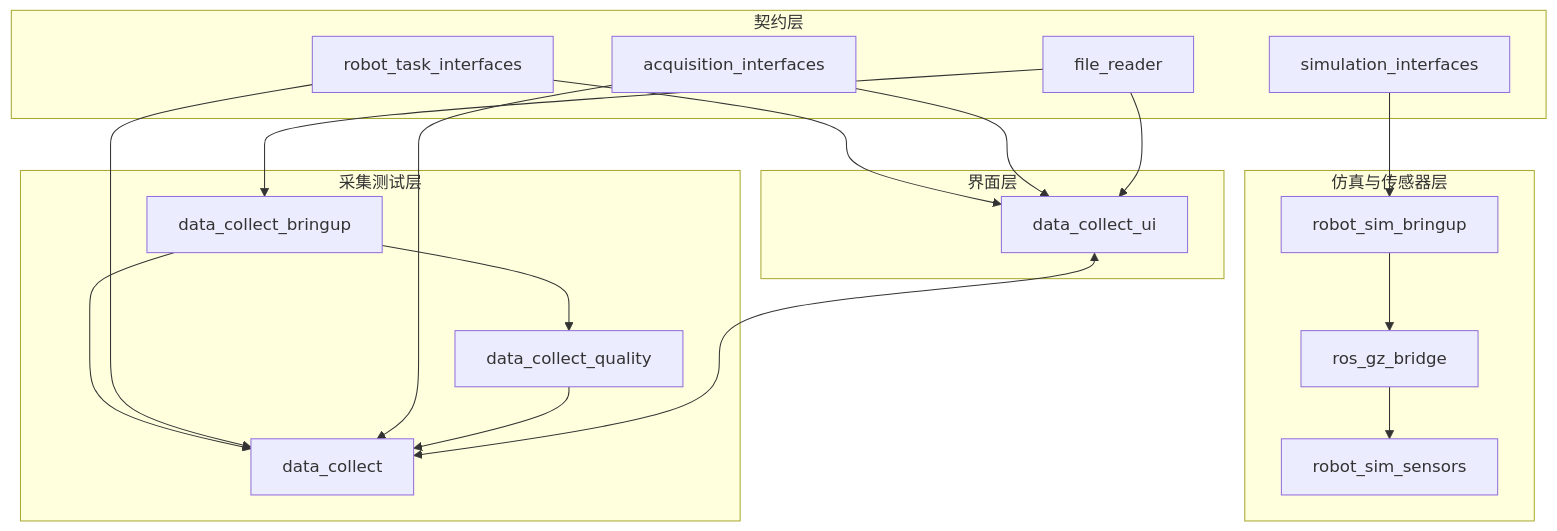
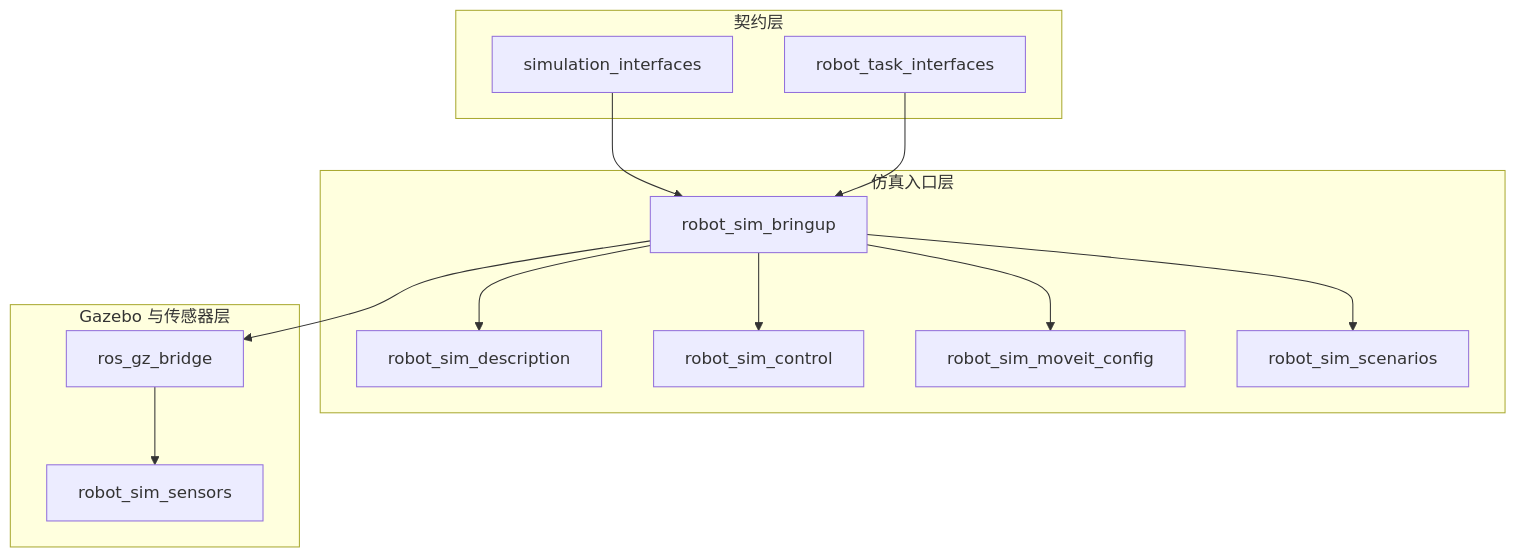
The diagram in docs/architecture/README.md (MzKyle/Robot-Sim), drawn with Mermaid before and after one commit. The commit also changed other lines of this file and 1816 other files, not shown here.

````diff
--- a/docs/architecture/README.md
+++ b/docs/architecture/README.md
@@ -9,39 +9,29 @@
 ```mermaid
 flowchart TB
-    subgraph Layer1[仿真与传感器层]
+    subgraph Layer1[仿真入口层]
         SIM[robot_sim_bringup]
+        DESC[robot_sim_description]
+        CTRL[robot_sim_control]
+        MOVEIT[robot_sim_moveit_config]
+        SCENE[robot_sim_scenarios]
+    end
+
+    subgraph Layer2[Gazebo 与传感器层]
         BRIDGE[ros_gz_bridge]
         RECV[robot_sim_sensors]
     end
 
-    subgraph Layer2[采集测试层]
-        COLLECT[data_collect]
-        BRINGUP[data_collect_bringup]
-        QUALITY[data_collect_quality]
+    subgraph Layer3[契约层]
+        TASK[robot_task_interfaces]
+        SIMIF[simulation_interfaces]
     end
 
-    subgraph Layer3[界面层]
-        UI[data_collect_ui]
-    end
-
-    subgraph Layer4[契约层]
-        TASK[robot_task_interfaces]
-        ACQ[acquisition_interfaces]
-        SIMIF[simulation_interfaces]
-        FILE[file_reader]
-    end
-
+    SIM --> DESC
+    SIM --> CTRL
+    SIM --> MOVEIT
+    SIM --> SCENE
     SIM --> BRIDGE
     BRIDGE --> RECV
-    BRINGUP --> QUALITY
-    BRINGUP --> COLLECT
-    TASK --> UI
-    TASK --> COLLECT
-    ACQ --> UI
-    ACQ --> COLLECT
     SIMIF --> SIM
-    FILE --> BRINGUP
-    FILE --> UI
-    QUALITY --> COLLECT
-    UI <--> COLLECT
+    TASK --> SIM
 ```
````
